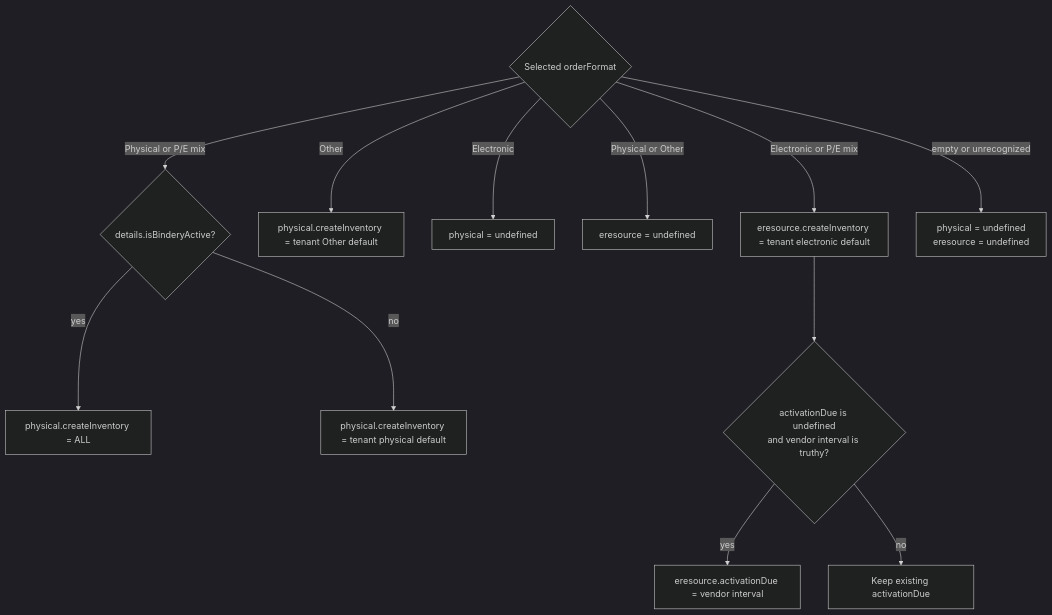
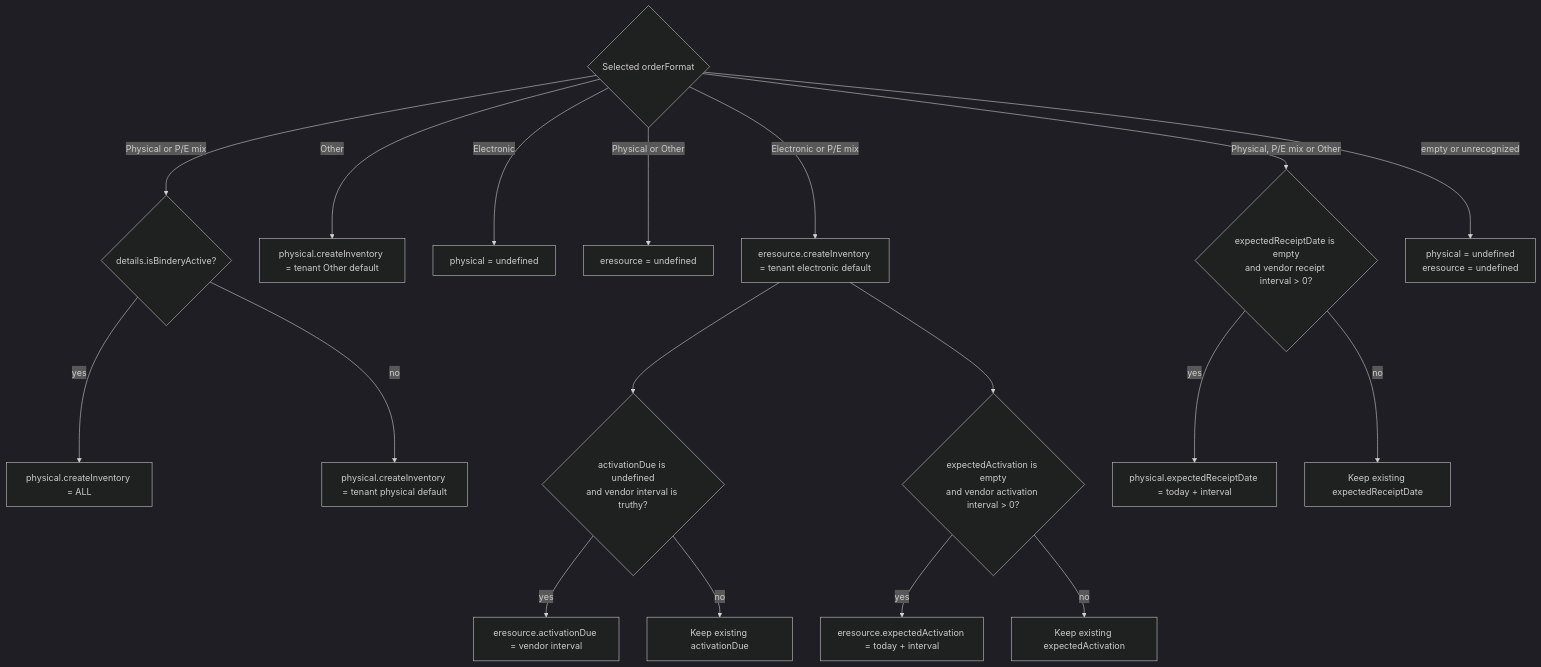
One commit to slub/ui-orders changed the second of 8 diagrams in src/components/POLine/GAME_CHANGER_FIELDS.md. Above: the diagram before and after it, drawn with Mermaid (dark theme). The commit also changed other lines of this file and 4 other files, not shown here.

First line of the commit message:
UIOR-1591 Prefill expected dates from vendor

````diff
--- a/src/components/POLine/GAME_CHANGER_FIELDS.md
+++ b/src/components/POLine/GAME_CHANGER_FIELDS.md
@@ -41,15 +42,21 @@
 ```mermaid
 flowchart TD
     Format{"Selected orderFormat"}
     Format -->|"Physical or P/E mix"| Bindery{"details.isBinderyActive?"}
     Bindery -->|"yes"| All["physical.createInventory = ALL"]
     Bindery -->|"no"| PhysicalDefault["physical.createInventory = tenant physical default"]
     Format -->|"Other"| OtherDefault["physical.createInventory = tenant Other default"]
     Format -->|"Electronic"| ClearPhysical["physical = undefined"]
     Format -->|"Physical or Other"| ClearElectronic["eresource = undefined"]
     Format -->|"Electronic or P/E mix"| ElectronicDefault["eresource.createInventory = tenant electronic default"]
     ElectronicDefault --> Due{"activationDue is undefined<br/>and vendor interval is truthy?"}
     Due -->|"yes"| FillDue["eresource.activationDue = vendor interval"]
     Due -->|"no"| KeepDue["Keep existing activationDue"]
+    ElectronicDefault --> Activation{"expectedActivation is empty<br/>and vendor activation interval > 0?"}
+    Activation -->|"yes"| FillActivation["eresource.expectedActivation = today + interval"]
+    Activation -->|"no"| KeepActivation["Keep existing expectedActivation"]
+    Format -->|"Physical, P/E mix or Other"| Receipt{"expectedReceiptDate is empty<br/>and vendor receipt interval > 0?"}
+    Receipt -->|"yes"| FillReceipt["physical.expectedReceiptDate = today + interval"]
+    Receipt -->|"no"| KeepReceipt["Keep existing expectedReceiptDate"]
     Format -->|"empty or unrecognized"| ClearBoth["physical = undefined<br/>eresource = undefined"]
 ```
````
